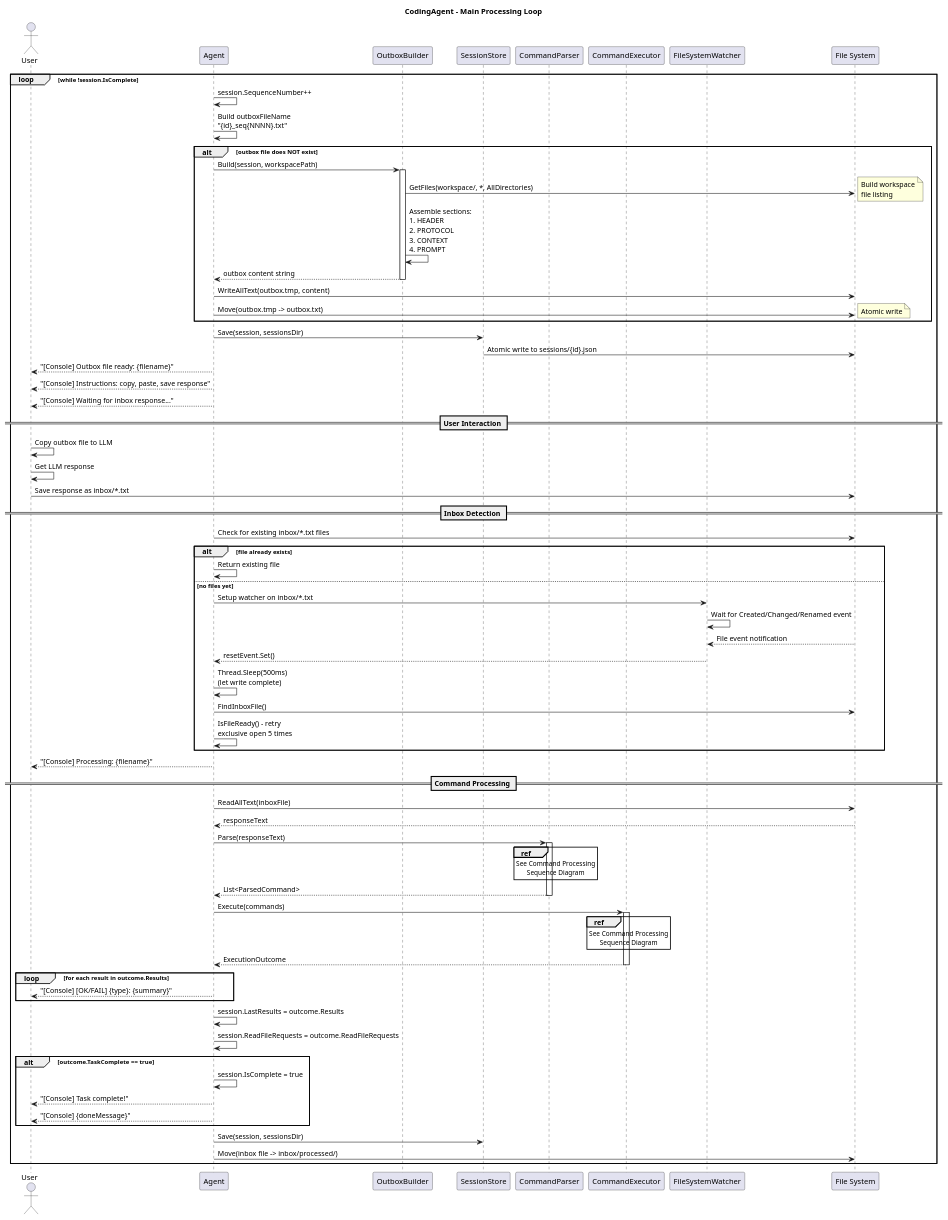
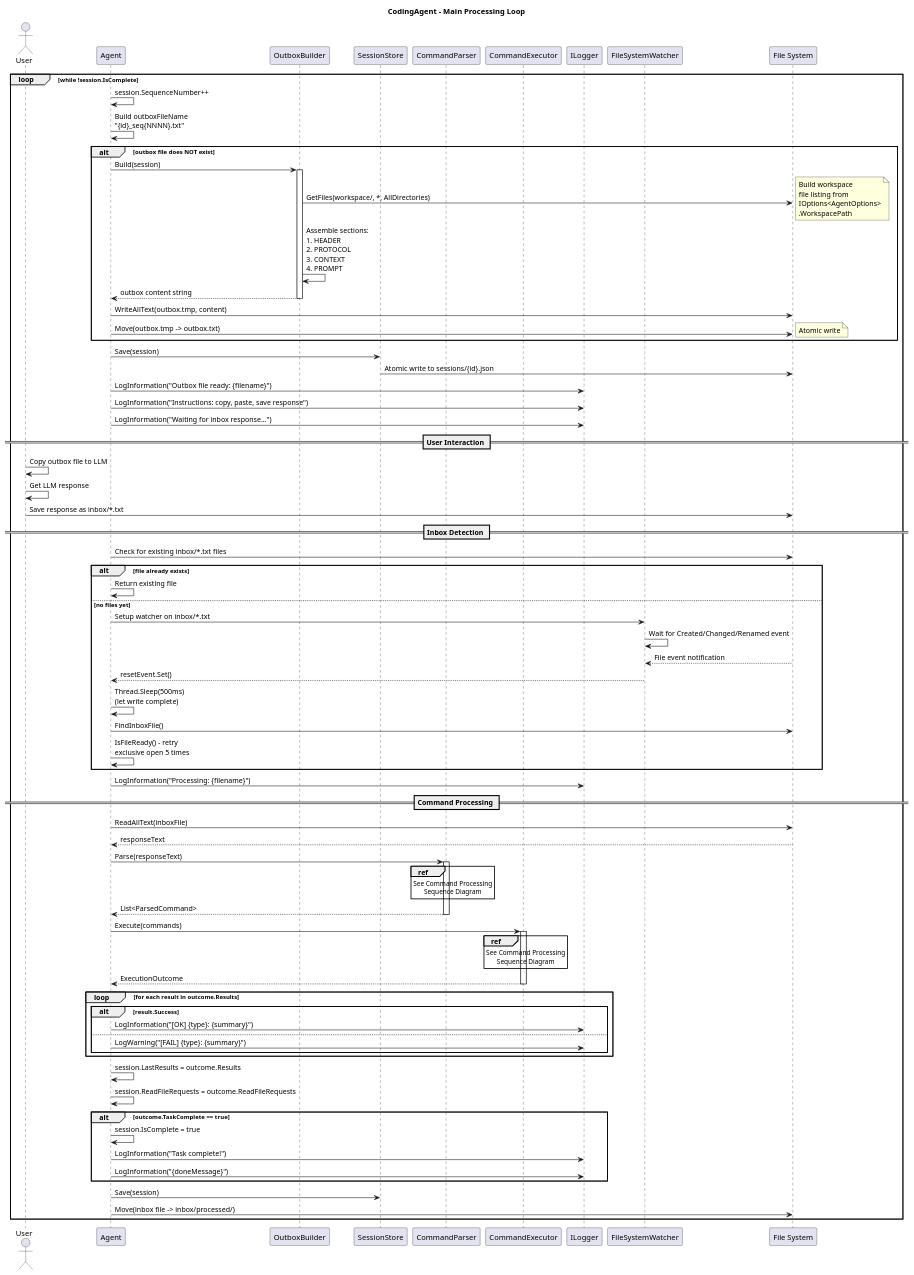
Before and after one commit to QuinntyneBrown/CodingAgent: the diagram in docs/diagrams/sequence-main-loop.puml, drawn with PlantUML. The commit also changed 24 other files, not shown here.

```diff
--- a/docs/diagrams/sequence-main-loop.puml
+++ b/docs/diagrams/sequence-main-loop.puml
@@ -1,102 +1,107 @@
 @startuml sequence-main-loop
 title CodingAgent - Main Processing Loop
 
 actor User
 participant Agent
 participant OutboxBuilder
 participant SessionStore
 participant CommandParser
 participant CommandExecutor
+participant "ILogger" as Log
 participant "FileSystemWatcher" as FSW
 participant "File System" as FS
 
 loop while !session.IsComplete
 
     Agent -> Agent : session.SequenceNumber++
     Agent -> Agent : Build outboxFileName\n"{id}_seq{NNNN}.txt"
 
     alt outbox file does NOT exist
-        Agent -> OutboxBuilder : Build(session, workspacePath)
+        Agent -> OutboxBuilder : Build(session)
         activate OutboxBuilder
 
         OutboxBuilder -> FS : GetFiles(workspace/, *, AllDirectories)
-        note right : Build workspace\nfile listing
+        note right : Build workspace\nfile listing from\nIOptions<AgentOptions>\n.WorkspacePath
 
         OutboxBuilder -> OutboxBuilder : Assemble sections:\n1. HEADER\n2. PROTOCOL\n3. CONTEXT\n4. PROMPT
 
         OutboxBuilder --> Agent : outbox content string
         deactivate OutboxBuilder
 
         Agent -> FS : WriteAllText(outbox.tmp, content)
         Agent -> FS : Move(outbox.tmp -> outbox.txt)
         note right : Atomic write
     end
 
-    Agent -> SessionStore : Save(session, sessionsDir)
+    Agent -> SessionStore : Save(session)
     SessionStore -> FS : Atomic write to sessions/{id}.json
 
-    Agent --> User : "[Console] Outbox file ready: {filename}"
-    Agent --> User : "[Console] Instructions: copy, paste, save response"
-    Agent --> User : "[Console] Waiting for inbox response..."
+    Agent -> Log : LogInformation("Outbox file ready: {filename}")
+    Agent -> Log : LogInformation("Instructions: copy, paste, save response")
+    Agent -> Log : LogInformation("Waiting for inbox response...")
 
     == User Interaction ==
 
     User -> User : Copy outbox file to LLM
     User -> User : Get LLM response
     User -> FS : Save response as inbox/*.txt
 
     == Inbox Detection ==
 
     Agent -> FS : Check for existing inbox/*.txt files
     alt file already exists
         Agent -> Agent : Return existing file
     else no files yet
         Agent -> FSW : Setup watcher on inbox/*.txt
         FSW -> FSW : Wait for Created/Changed/Renamed event
 
         FS --> FSW : File event notification
         FSW --> Agent : resetEvent.Set()
 
         Agent -> Agent : Thread.Sleep(500ms)\n(let write complete)
         Agent -> FS : FindInboxFile()
         Agent -> Agent : IsFileReady() - retry\nexclusive open 5 times
     end
 
-    Agent --> User : "[Console] Processing: {filename}"
+    Agent -> Log : LogInformation("Processing: {filename}")
 
     == Command Processing ==
 
     Agent -> FS : ReadAllText(inboxFile)
     FS --> Agent : responseText
 
     Agent -> CommandParser : Parse(responseText)
     activate CommandParser
     ref over CommandParser : See Command Processing\nSequence Diagram
     CommandParser --> Agent : List<ParsedCommand>
     deactivate CommandParser
 
     Agent -> CommandExecutor : Execute(commands)
     activate CommandExecutor
     ref over CommandExecutor : See Command Processing\nSequence Diagram
     CommandExecutor --> Agent : ExecutionOutcome
     deactivate CommandExecutor
 
     loop for each result in outcome.Results
-        Agent --> User : "[Console] [OK/FAIL] {type}: {summary}"
+        alt result.Success
+            Agent -> Log : LogInformation("[OK] {type}: {summary}")
+        else
+            Agent -> Log : LogWarning("[FAIL] {type}: {summary}")
+        end
     end
 
     Agent -> Agent : session.LastResults = outcome.Results
     Agent -> Agent : session.ReadFileRequests = outcome.ReadFileRequests
 
     alt outcome.TaskComplete == true
         Agent -> Agent : session.IsComplete = true
-        Agent --> User : "[Console] Task complete!"
-        Agent --> User : "[Console] {doneMessage}"
+        Agent -> Log : LogInformation("Task complete!")
+        Agent -> Log : LogInformation("{doneMessage}")
     end
 
-    Agent -> SessionStore : Save(session, sessionsDir)
+    Agent -> SessionStore : Save(session)
     Agent -> FS : Move(inbox file -> inbox/processed/)
 
 end
 
 @enduml
```
